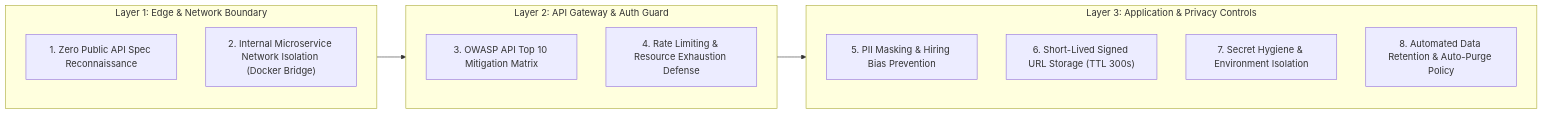
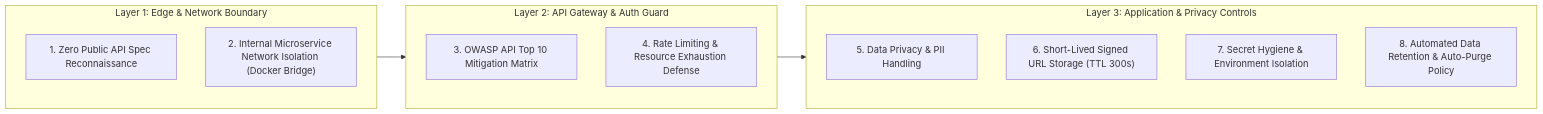
One commit to aditlab-code/resumix-ai changed the first of 2 diagrams in docs/SECURITY_HARDENING.md. Above: the diagram before and after it, drawn with Mermaid. The commit also changed other lines of this file and 8 other files, not shown here.

Commit message:
fix(docs): fix mermaid diagram rendering and remove legacy anonymous references

````diff
--- a/docs/SECURITY_HARDENING.md
+++ b/docs/SECURITY_HARDENING.md
@@ -15,22 +15,22 @@
 ```mermaid
 graph LR
     subgraph Layer1 ["Layer 1: Edge & Network Boundary"]
         A["1. Zero Public API Spec Reconnaissance"]
         B["2. Internal Microservice Network Isolation (Docker Bridge)"]
     end
 
     subgraph Layer2 ["Layer 2: API Gateway & Auth Guard"]
         C["3. OWASP API Top 10 Mitigation Matrix"]
         D["4. Rate Limiting & Resource Exhaustion Defense"]
     end
 
     subgraph Layer3 ["Layer 3: Application & Privacy Controls"]
-        E["5. PII Masking & Hiring Bias Prevention"]
+        E["5. Data Privacy & PII Handling"]
         F["6. Short-Lived Signed URL Storage (TTL 300s)"]
         G["7. Secret Hygiene & Environment Isolation"]
         H["8. Automated Data Retention & Auto-Purge Policy"]
     end
 
     Layer1 --> Layer2
     Layer2 --> Layer3
 ```
````
